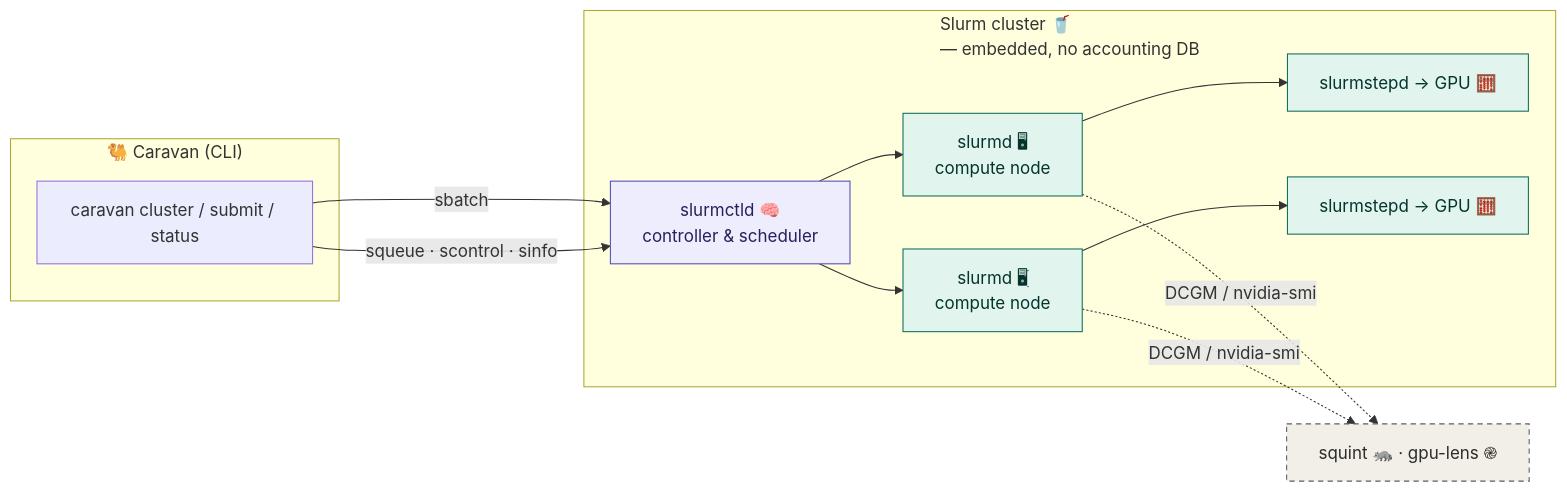
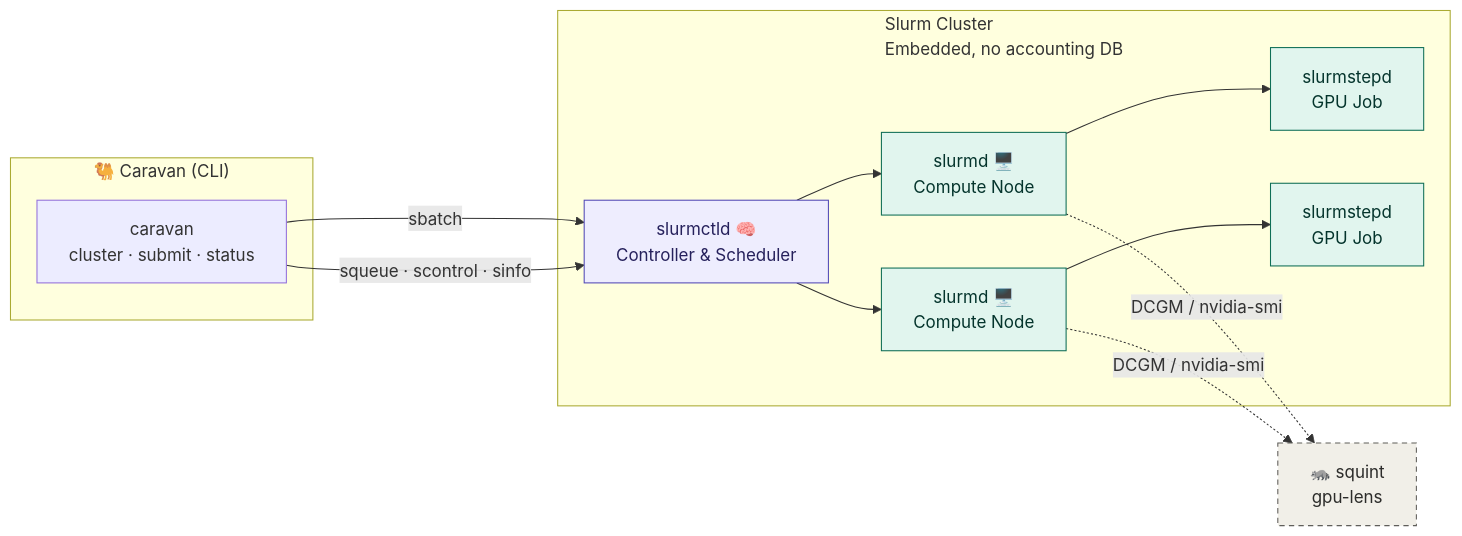
The diagram in README.md (hiteshsahu/caravan), drawn with Mermaid before and after one commit. The commit also changed other lines of this file and 1 other file, not shown here.

````diff
--- a/README.md
+++ b/README.md
@@ -30,28 +74,31 @@
 ```mermaid
+
 flowchart LR
-  subgraph CaravanCLI["🐫 Caravan (CLI)"]
-    CLI["caravan cluster / submit / status"]
-  end
+subgraph CaravanCLI["🐫 Caravan (CLI)"]
+CLI["caravan<br/>cluster · submit · status"]
+end
 
-  CLI -->|"sbatch"| CTL
-  CLI -->|"squeue · scontrol · sinfo"| CTL
+    CLI -->|"sbatch"| CTL
+    CLI -->|"squeue · scontrol · sinfo"| CTL
 
-  subgraph Slurm["Slurm cluster 🥤 <br/>— embedded, no accounting DB"]
-  
-    CTL["slurmctld 🧠<br/>controller & scheduler"]
-    CTL --> N1["slurmd 🖥<br/>compute node"]
-    CTL --> N2["slurmd 🖥ִׄ<br/>compute node"]
-    N1 --> S1["slurmstepd → GPU 🧮"]
-    N2 --> S2["slurmstepd → GPU 🧮"]
-  end
+    subgraph Slurm["Slurm Cluster<br/>Embedded, no accounting DB"]
+        CTL["slurmctld 🧠<br/>Controller & Scheduler"]
 
-  N1 -. "DCGM / nvidia-smi" .-> OBS["squint 🦝 · gpu-lens ֎"]
-  N2 -. "DCGM / nvidia-smi" .-> OBS
+        CTL --> N1["slurmd 🖥️<br/>Compute Node"]
+        CTL --> N2["slurmd 🖥️<br/>Compute Node"]
 
-  classDef ctl fill:#EEEDFE,stroke:#534AB7,color:#26215C;
-  classDef compute fill:#E1F5EE,stroke:#0F6E56,color:#04342C;
-  classDef obs fill:#F1EFE8,stroke:#5F5E5A,color:#2C2C2A,stroke-dasharray:5 4;
-  class CTL ctl;
-  class N1,N2,S1,S2 compute;
-  class OBS obs;
+        N1 --> S1["slurmstepd<br/>GPU Job"]
+        N2 --> S2["slurmstepd<br/>GPU Job"]
+    end
+
+    N1 -. "DCGM / nvidia-smi" .-> OBS["🦝 squint<br/>gpu-lens"]
+    N2 -. "DCGM / nvidia-smi" .-> OBS
+
+    classDef ctl fill:#EEEDFE,stroke:#534AB7,color:#26215C;
+    classDef compute fill:#E1F5EE,stroke:#0F6E56,color:#04342C;
+    classDef obs fill:#F1EFE8,stroke:#5F5E5A,color:#2C2C2A,stroke-dasharray:5 4;
+
+    class CTL ctl;
+    class N1,N2,S1,S2 compute;
+    class OBS obs;
 ```
````
